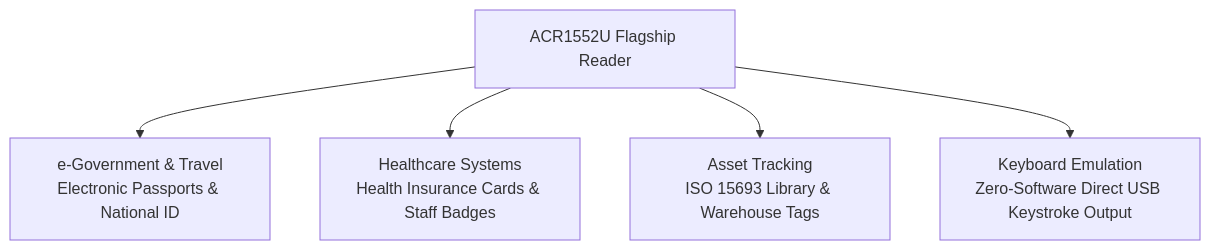
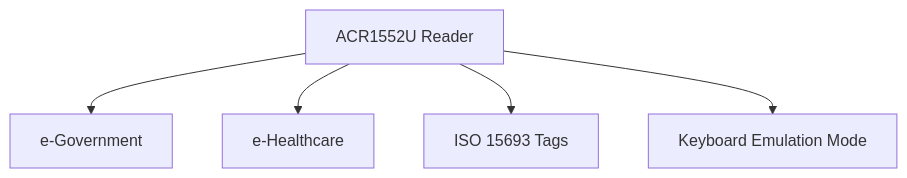
Before and after one commit to yopitek/yupitek-wiki: the diagram in docs/05-acs/products/acr1552u/index.md, drawn with Mermaid. The commit also changed other lines of this file and 11 other files, not shown here.

````diff
--- a/docs/05-acs/products/acr1552u/index.md
+++ b/docs/05-acs/products/acr1552u/index.md
@@ -67,7 +63,7 @@
 ```mermaid
 flowchart TD
-    A[ACR1552U Flagship Reader] --> B[e-Government & Travel<br/>Electronic Passports & National ID]
-    A --> C[Healthcare Systems<br/>Health Insurance Cards & Staff Badges]
-    A --> D[Asset Tracking<br/>ISO 15693 Library & Warehouse Tags]
-    A --> E[Keyboard Emulation<br/>Zero-Software Direct USB Keystroke Output]
+    A[ACR1552U Reader] --> B[e-Government]
+    A --> C[e-Healthcare]
+    A --> D[ISO 15693 Tags]
+    A --> E[Keyboard Emulation Mode]
 ```
````
